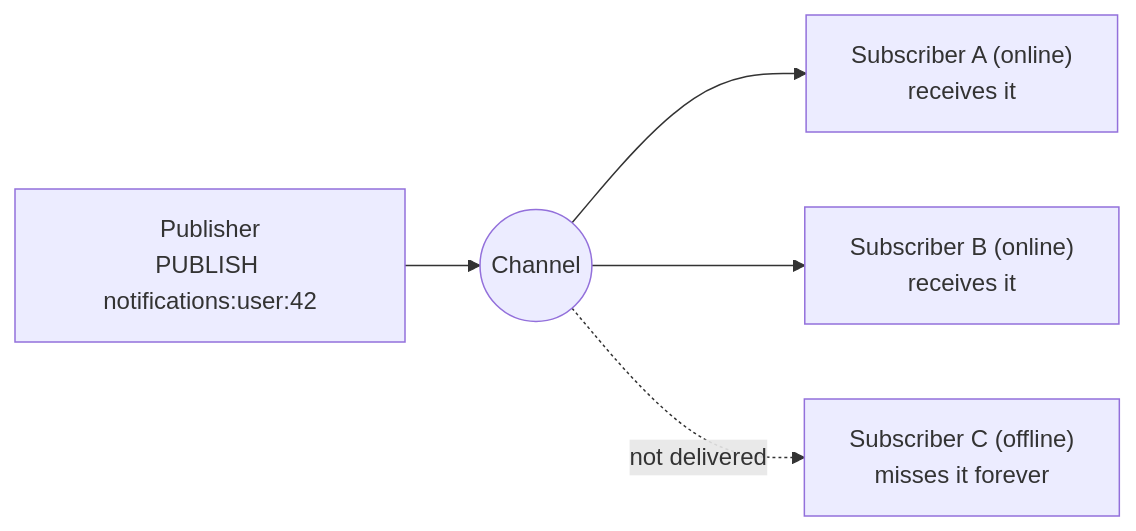
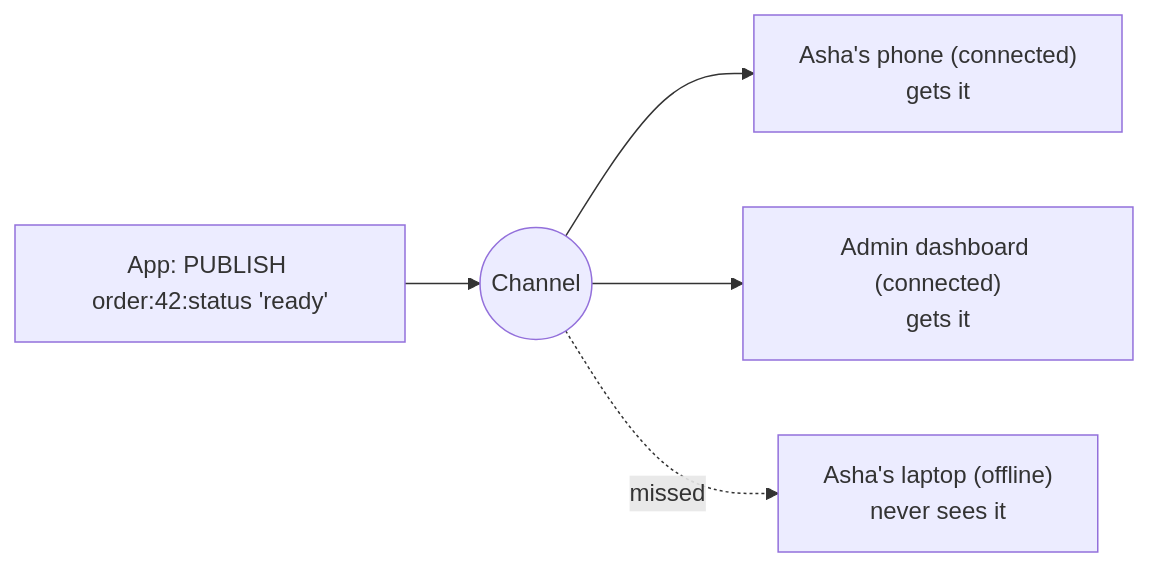
Diagram 14 of 30 in redis.md (selvakumarperumal/Regulatory_Circular_Impact_Agent), drawn with Mermaid before and after one commit. The commit also changed other lines of this file, not shown here.

````diff
--- a/redis.md
+++ b/redis.md
@@ -950,7 +1373,7 @@
 ```mermaid
 flowchart LR
-    PUB["Publisher<br/>PUBLISH notifications:user:42"] --> CH(("Channel"))
-    CH --> S1["Subscriber A (online)<br/>receives it"]
-    CH --> S2["Subscriber B (online)<br/>receives it"]
-    CH -. "not delivered" .-> S3["Subscriber C (offline)<br/>misses it forever"]
+    PUB["App: PUBLISH order:42:status 'ready'"] --> CH(("Channel"))
+    CH --> S1["Asha's phone (connected)<br/>gets it"]
+    CH --> S2["Admin dashboard (connected)<br/>gets it"]
+    CH -. "missed" .-> S3["Asha's laptop (offline)<br/>never sees it"]
 ```
````
